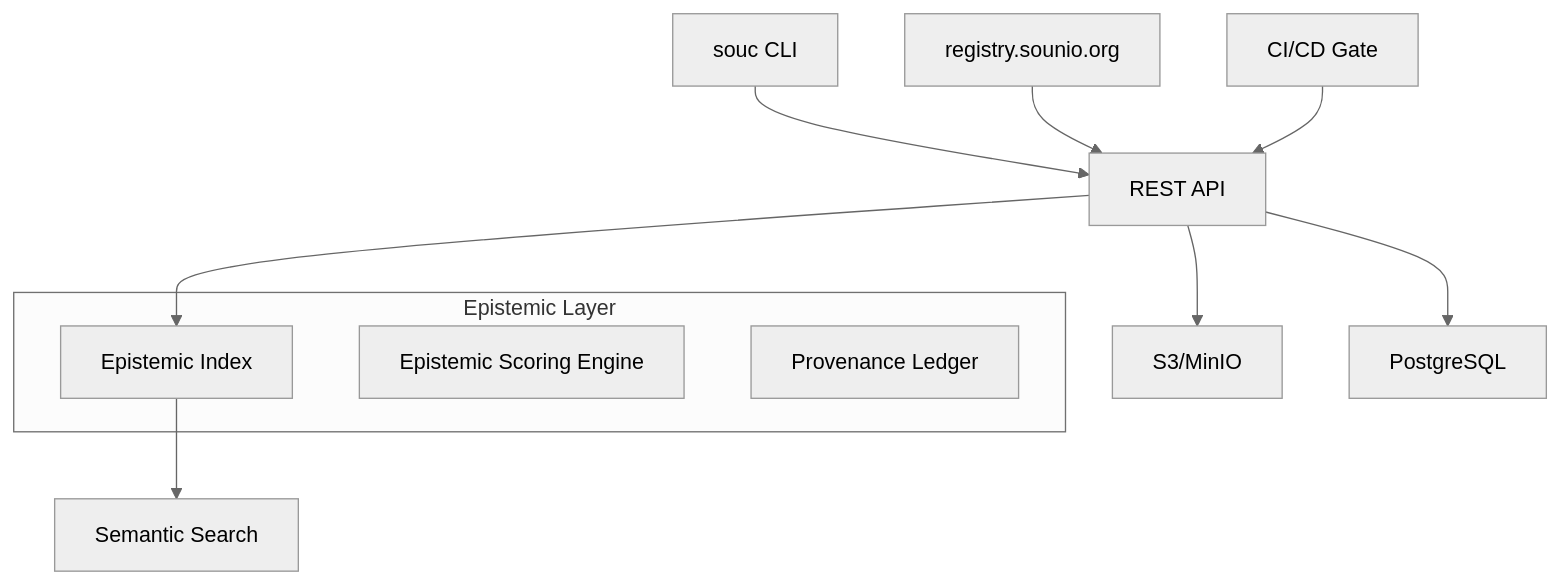
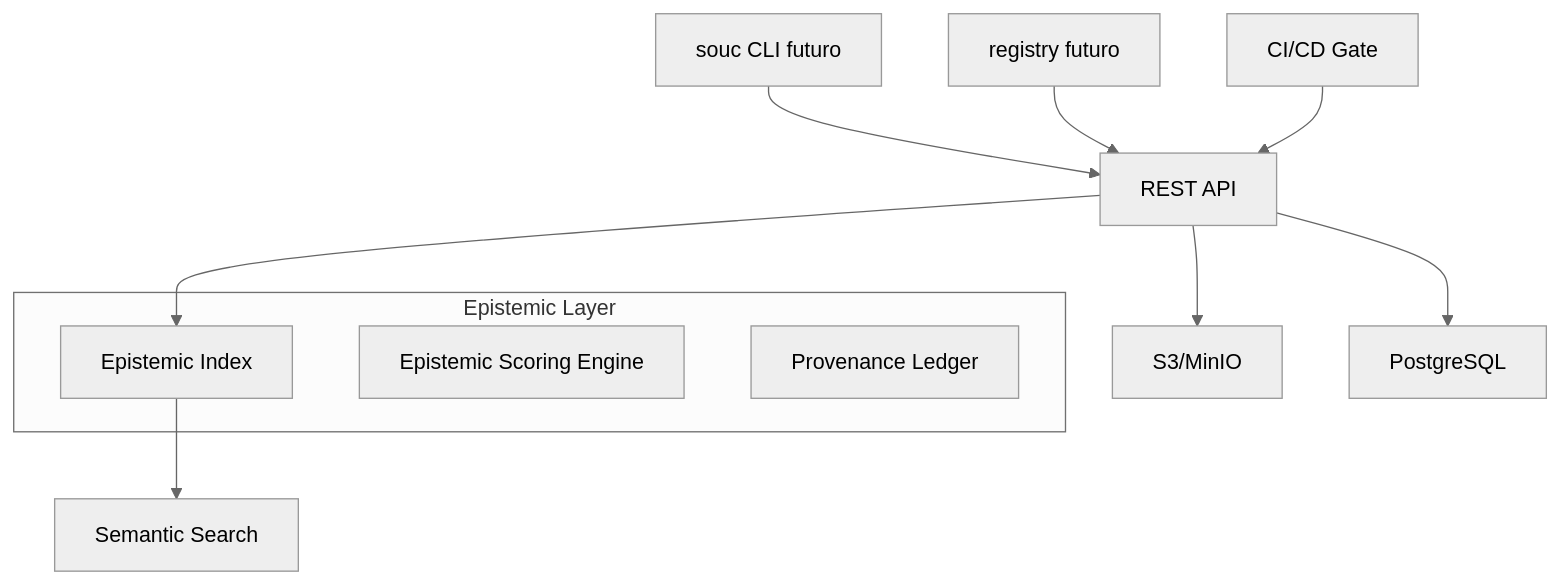
One commit to Sounio-lang/sounio changed the diagram in docs/ecosystem/REGISTRY_ARCHITECTURE.md. Above: the diagram before and after it, drawn with Mermaid (neutral theme). The commit also changed other lines of this file and 16 other files, not shown here.

````diff
--- a/docs/ecosystem/REGISTRY_ARCHITECTURE.md
+++ b/docs/ecosystem/REGISTRY_ARCHITECTURE.md
@@ -28,16 +33,16 @@
 ```mermaid
 graph TD
-    CLI[souc CLI] --> API[REST API]
-    WebUI[registry.sounio.org] --> API
+    CLI[souc CLI futuro] --> API[REST API]
+    WebUI[registry futuro] --> API
     API --> Storage[S3/MinIO]
     API --> DB[PostgreSQL]
     API --> Index[Epistemic Index]
     CI[CI/CD Gate] --> API
     Index --> Search[Semantic Search]
     
     subgraph "Epistemic Layer"
         Index
         Scoring[Epistemic Scoring Engine]
         Ledger[Provenance Ledger]
     end
 ```
````
